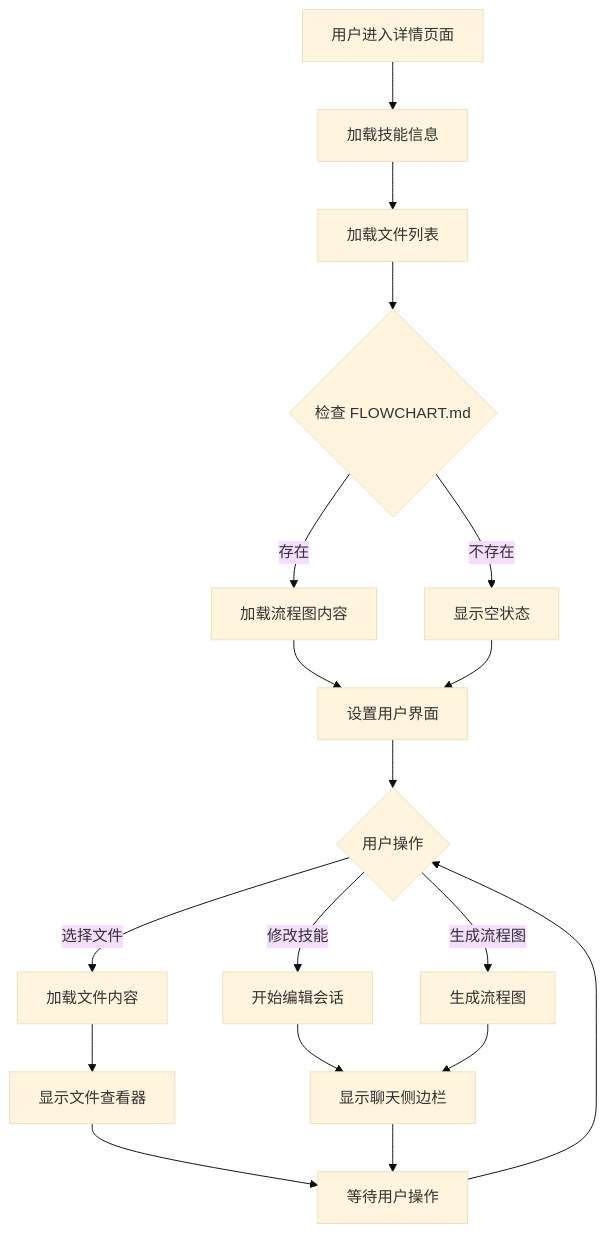
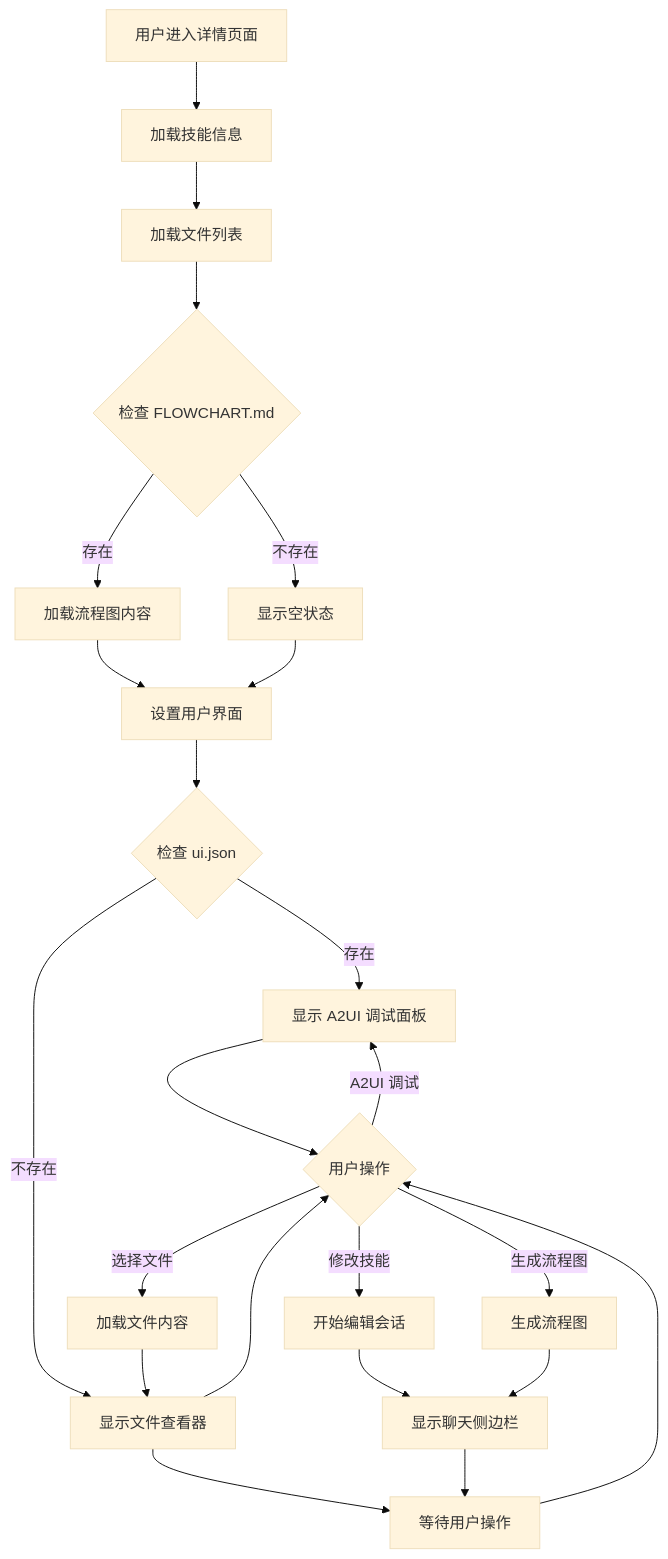
The fifth of 11 diagrams in .qoder/repowiki/zh/content/开发者指南/技能工作台使用指南.md (WW-AI-Lab/openclaw-office), drawn with Mermaid (base theme) before and after one commit. The commit also changed other lines of this file and 14 other files, not shown here.

````diff
--- a/.qoder/repowiki/zh/content/开发者指南/技能工作台使用指南.md
+++ b/.qoder/repowiki/zh/content/开发者指南/技能工作台使用指南.md
@@ -203,20 +226,25 @@
 ```mermaid
 flowchart TD
 Start[用户进入详情页面] --> LoadSkill[加载技能信息]
 LoadSkill --> LoadFiles[加载文件列表]
 LoadFiles --> CheckFlowchart{检查 FLOWCHART.md}
 CheckFlowchart --> |存在| LoadFlowchart[加载流程图内容]
 CheckFlowchart --> |不存在| ShowEmpty[显示空状态]
 LoadFlowchart --> SetupUI[设置用户界面]
 ShowEmpty --> SetupUI
-SetupUI --> UserAction{用户操作}
+SetupUI --> CheckA2ui{检查 ui.json}
+CheckA2ui --> |存在| ShowA2ui[显示 A2UI 调试面板]
+CheckA2ui --> |不存在| ShowFileViewer[显示文件查看器]
+ShowA2ui --> UserAction{用户操作}
+ShowFileViewer --> UserAction
 UserAction --> |选择文件| LoadFileContent[加载文件内容]
 UserAction --> |修改技能| StartEditSession[开始编辑会话]
 UserAction --> |生成流程图| GenerateFlowchart[生成流程图]
-LoadFileContent --> ShowFileViewer[显示文件查看器]
+UserAction --> |A2UI 调试| ShowA2ui
+LoadFileContent --> ShowFileViewer
 StartEditSession --> ShowChat[显示聊天侧边栏]
 GenerateFlowchart --> ShowChat
 ShowFileViewer --> WaitAction[等待用户操作]
 ShowChat --> WaitAction
 WaitAction --> UserAction
 ```
````
